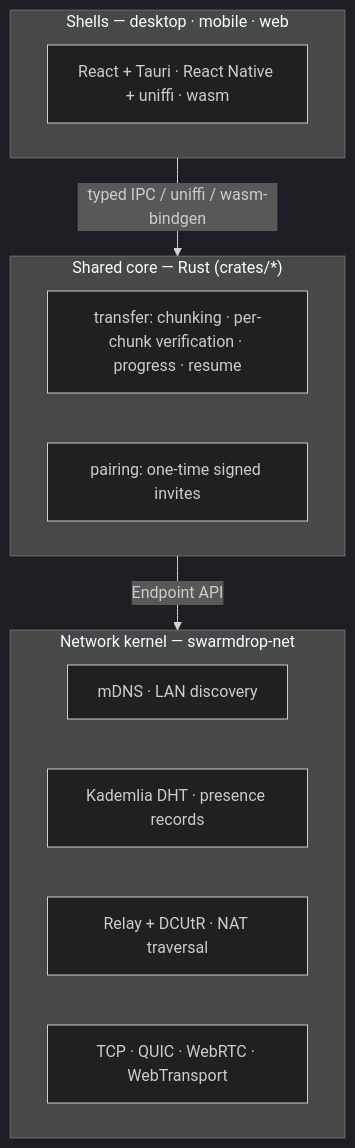
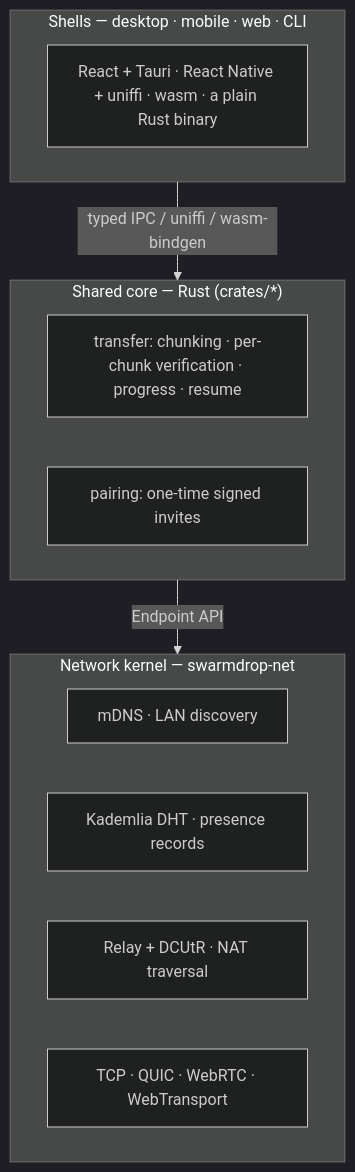
Before and after one commit to swarm-apps/SwarmDrop: the diagram in README.md, drawn with Mermaid (dark theme). The commit also changed other lines of this file and 11 other files, not shown here.

````diff
--- a/README.md
+++ b/README.md
@@ -108,18 +141,18 @@
 ```mermaid
 graph TB
-    subgraph Shells["Shells — desktop · mobile · web"]
-        A["React + Tauri · React Native + uniffi · wasm"]
+    subgraph Shells["Shells — desktop · mobile · web · CLI"]
+        A["React + Tauri · React Native + uniffi · wasm · a plain Rust binary"]
     end
     subgraph Core["Shared core — Rust (crates/*)"]
         B["transfer: chunking · per-chunk verification · progress · resume"]
         G["pairing: one-time signed invites"]
     end
     subgraph Net["Network kernel — swarmdrop-net"]
         D["mDNS · LAN discovery"]
         E["Kademlia DHT · presence records"]
         F["Relay + DCUtR · NAT traversal"]
         H["TCP · QUIC · WebRTC · WebTransport"]
     end
     Shells -- "typed IPC / uniffi / wasm-bindgen" --> Core
     Core -- "Endpoint API" --> Net
 ```
````
